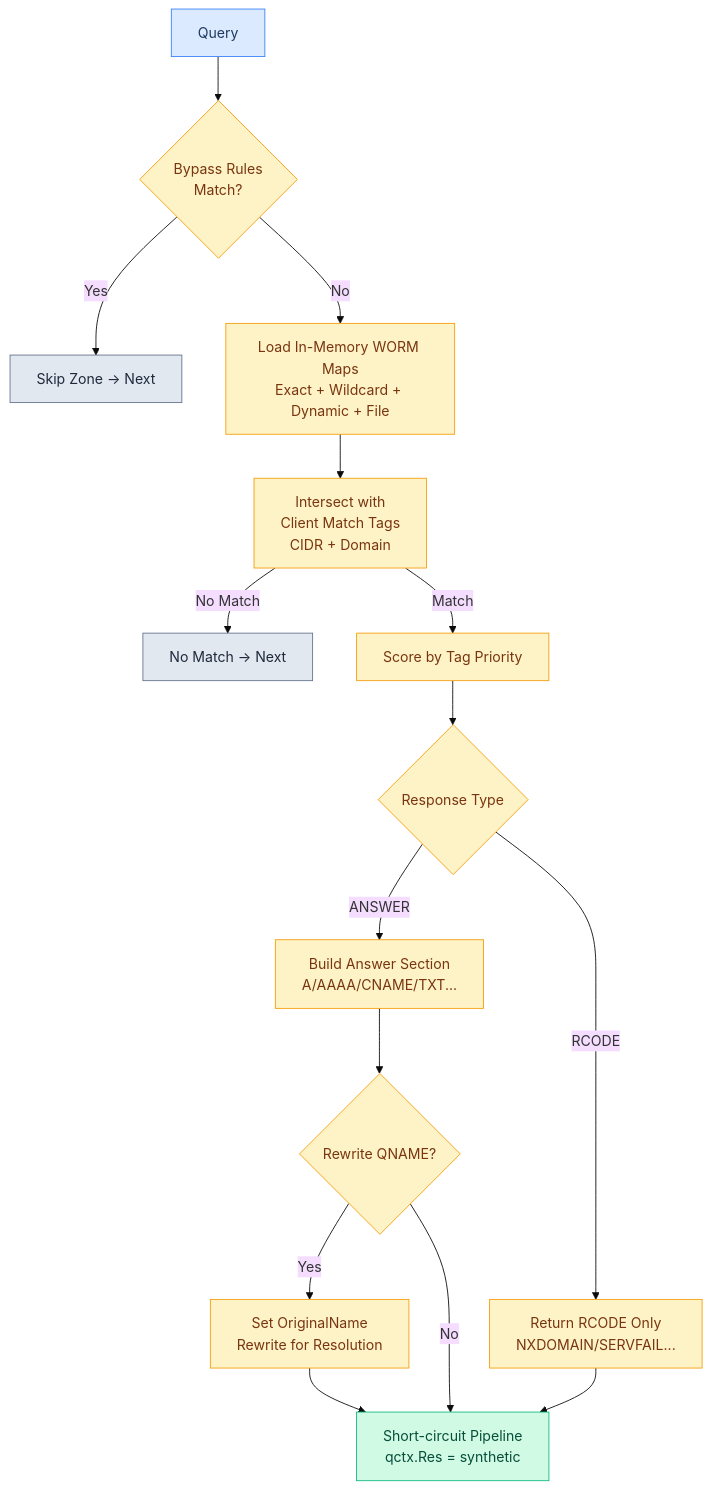
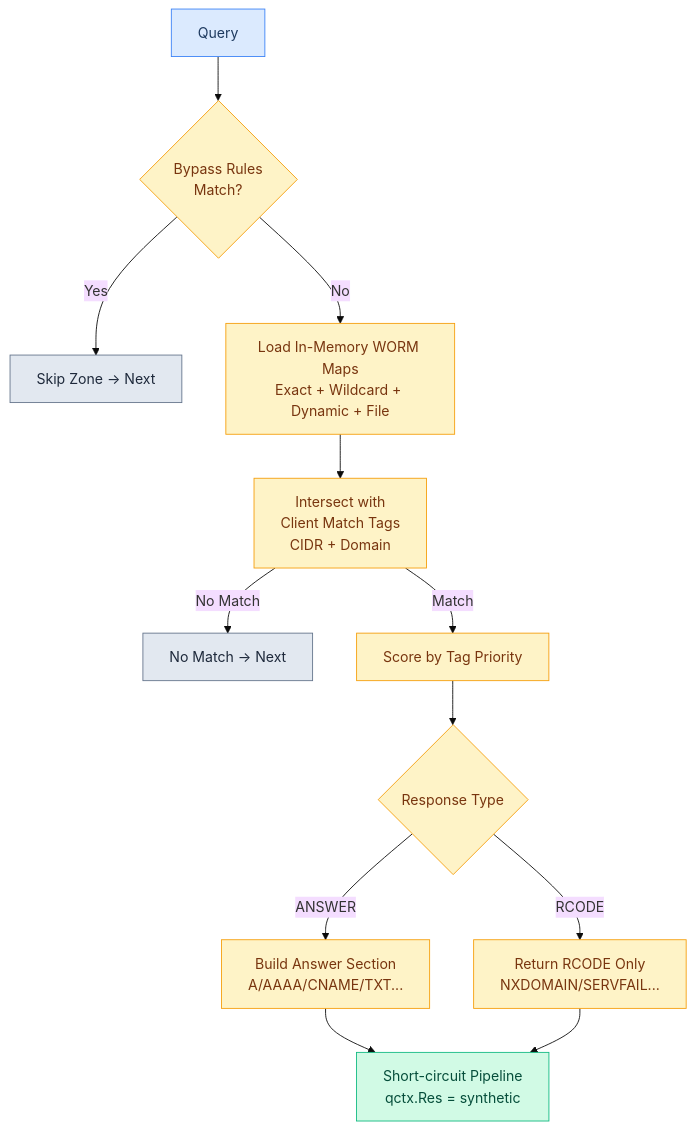
Before and after one commit to hezhijie0327/ZJDNS: diagram 15 of 26 in docs/FLOWCHARTS.md, drawn with Mermaid (base theme). The commit also changed 90 other files, not shown here.

````diff
--- a/docs/FLOWCHARTS.md
+++ b/docs/FLOWCHARTS.md
@@ -386,25 +386,22 @@
 ```mermaid
 graph TD
     Q[Query] --> BYPASS{Bypass Rules<br/>Match?}
     BYPASS -->|Yes| NEXT[Skip Zone -> Next]
     BYPASS -->|No| LOAD[Load In-Memory WORM Maps<br/>Exact + Wildcard + Dynamic + File]
     LOAD --> MATCH[Intersect with<br/>Client Match Tags<br/>CIDR + Domain]
     MATCH -->|No Match| NOMATCH[No Match -> Next]
     MATCH -->|Match| SCORE[Score by Tag Priority]
     SCORE --> TYPE{Response Type}
     TYPE -->|ANSWER| BUILDANS[Build Answer Section<br/>A/AAAA/CNAME/TXT...]
     TYPE -->|RCODE| BUILDRC[Return RCODE Only<br/>NXDOMAIN/SERVFAIL...]
-    BUILDANS --> REWRITE{Rewrite QNAME?}
-    REWRITE -->|Yes| SETNAME[Set OriginalName<br/>Rewrite for Resolution]
-    REWRITE -->|No| SHORTCUT[Short-circuit Pipeline<br/>qctx.Res = synthetic]
+    BUILDANS --> SHORTCUT[Short-circuit Pipeline<br/>qctx.Res = synthetic]
     BUILDRC --> SHORTCUT
-    SETNAME --> SHORTCUT
     classDef start fill:#dbeafe,stroke:#3b82f6,color:#1e3a5f
     classDef proc fill:#fef3c7,stroke:#f59e0b,color:#78350f
     classDef match fill:#d1fae5,stroke:#10b981,color:#064e3b
     classDef nomatch fill:#e2e8f0,stroke:#64748b,color:#1e293b
     class Q start
-    class BYPASS,LOAD,MATCH,SCORE,TYPE,BUILDANS,BUILDRC,REWRITE,SETNAME proc
+    class BYPASS,LOAD,MATCH,SCORE,TYPE,BUILDANS,BUILDRC,SHORTCUT proc
     class SHORTCUT match
     class NOMATCH,NEXT nomatch
 ```
````
